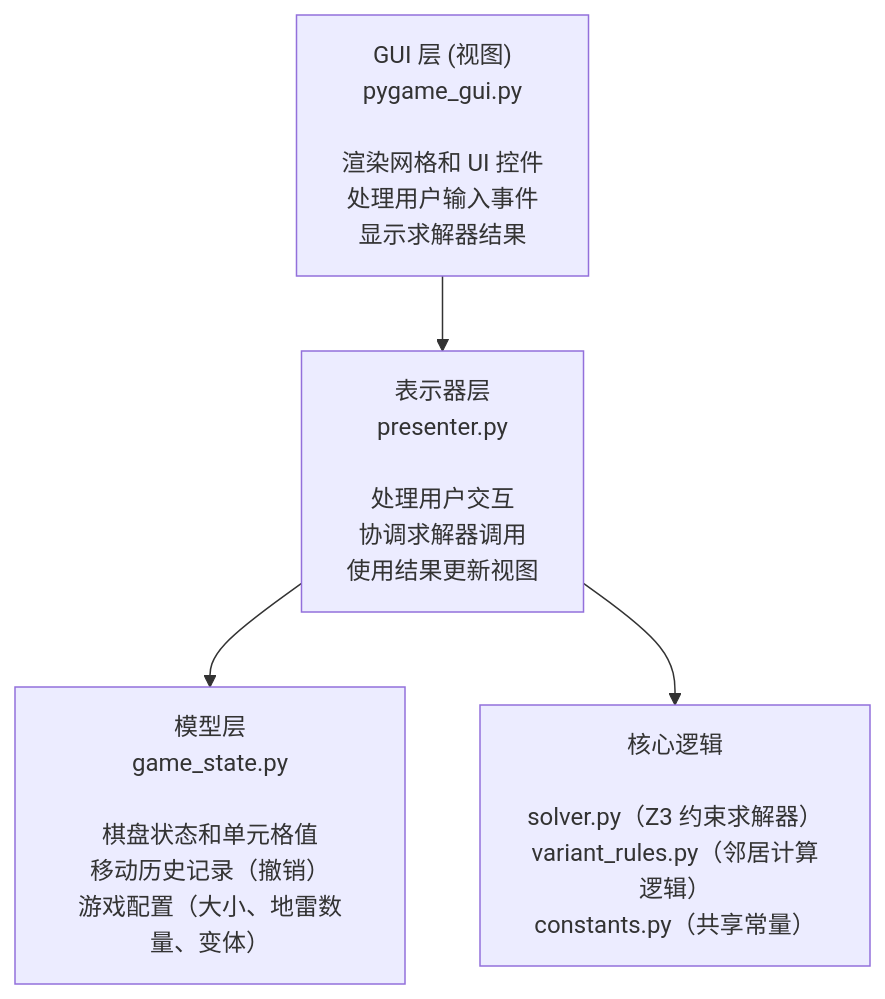
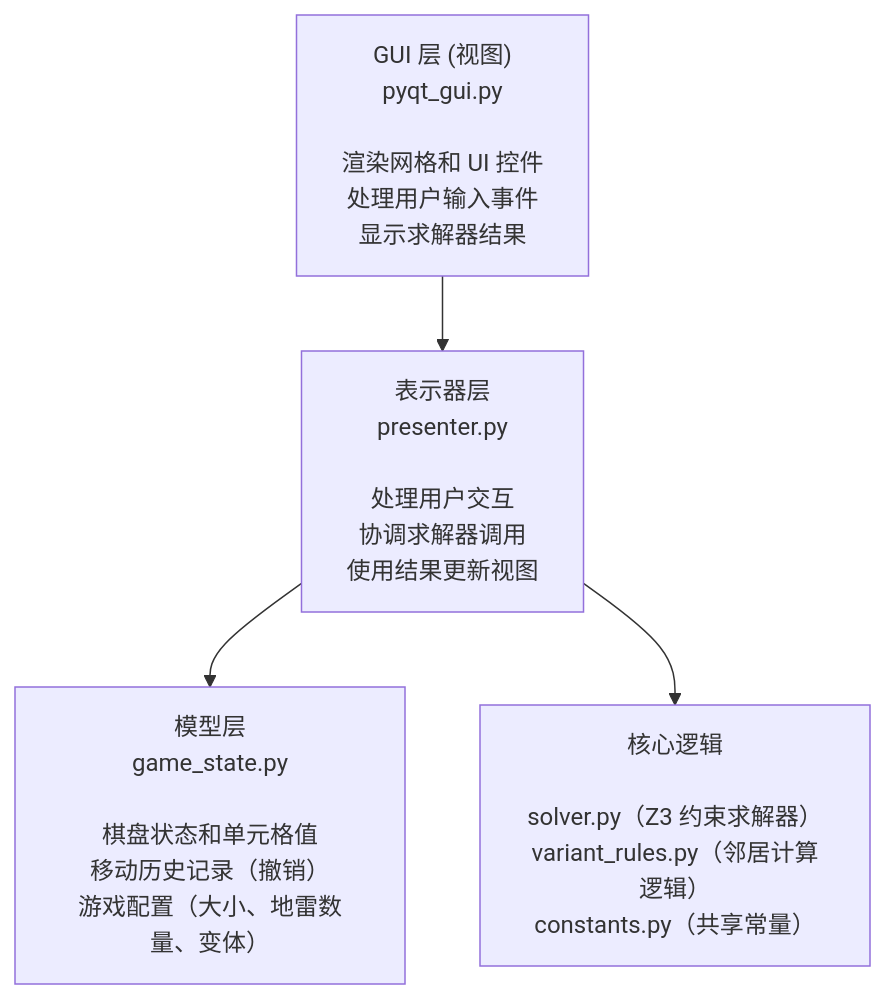
Before and after one commit to Harry-Zhu-45/v-14-mine: the diagram in README-CN.md, drawn with Mermaid. The commit also changed other lines of this file and 11 other files, not shown here.

````diff
--- a/README-CN.md
+++ b/README-CN.md
@@ -26,15 +26,15 @@
 ```mermaid
 flowchart TB
 
-    View["GUI 层 (视图)<br/>pygame_gui.py<br/><br/>渲染网格和 UI 控件<br/>处理用户输入事件<br/>显示求解器结果"]
+    View["GUI 层 (视图)<br/>pyqt_gui.py<br/><br/>渲染网格和 UI 控件<br/>处理用户输入事件<br/>显示求解器结果"]
 
     Presenter["表示器层<br/>presenter.py<br/><br/>处理用户交互<br/>协调求解器调用<br/>使用结果更新视图"]
 
     Model["模型层<br/>game_state.py<br/><br/>棋盘状态和单元格值<br/>移动历史记录（撤销）<br/>游戏配置（大小、地雷数量、变体）"]
 
     Core["核心逻辑<br/><br/>solver.py（Z3 约束求解器）<br/>variant_rules.py（邻居计算逻辑）<br/>constants.py（共享常量）"]
 
     View --> Presenter
     Presenter --> Model
     Presenter --> Core
 ```
````
